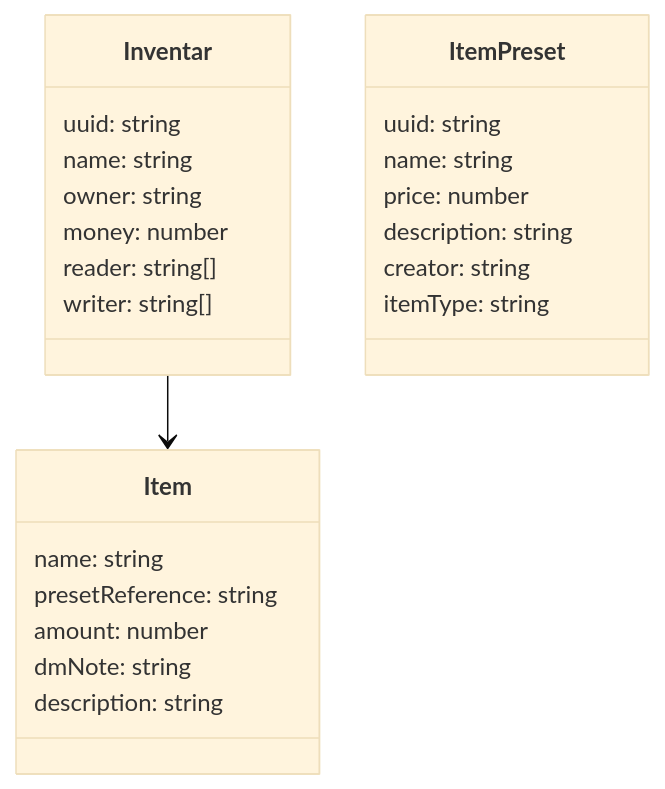
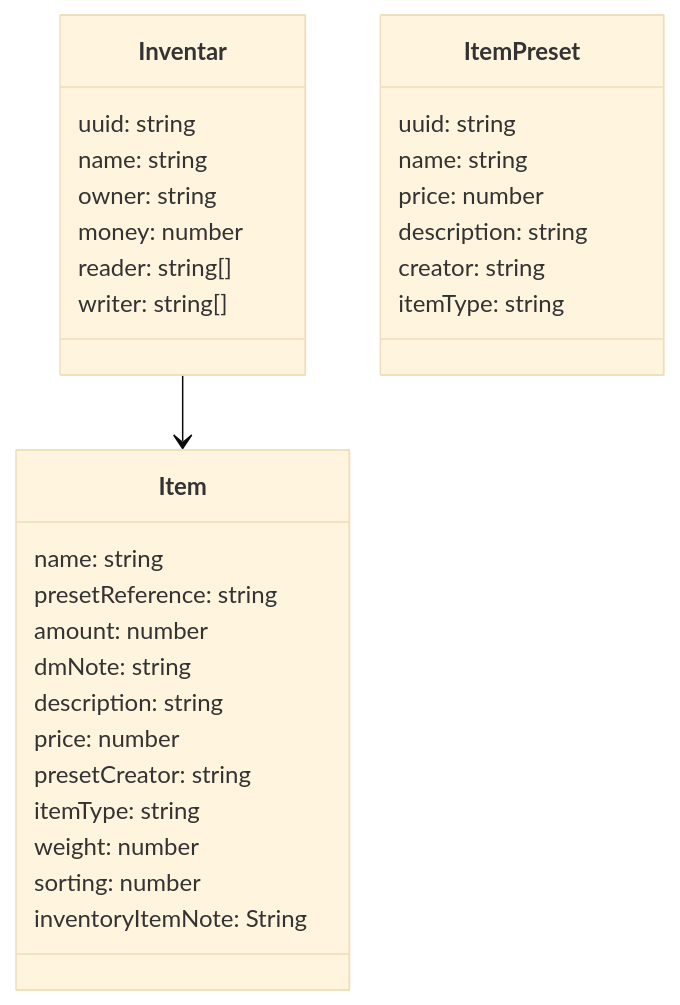
The first of 2 diagrams in README.md (NamelessGroup/InventarWerk), drawn with Mermaid (base theme) before and after one commit. The commit also changed other lines of this file and 6 other files, not shown here.

Commit message:
added sorting, weight and inventory item note

````diff
--- a/README.md
+++ b/README.md
@@ -15,30 +15,36 @@
 ```mermaid
 classDiagram
     class Inventar {
         uuid: string
         name: string
         owner: string
         money: number
         reader: string[]
         writer: string[]
     }
 
     class ItemPreset {
         uuid: string
         name: string
         price: number
         description: string
         creator: string
         itemType: string
     }
 
     class Item {
         name: string
         presetReference: string
         amount: number
         dmNote: string
         description: string
+        price: number
+        presetCreator: string
+        itemType: string
+        weight: number
+        sorting: number
+        inventoryItemNote: String
     }
 
     Inventar --> Item
 ```
````
